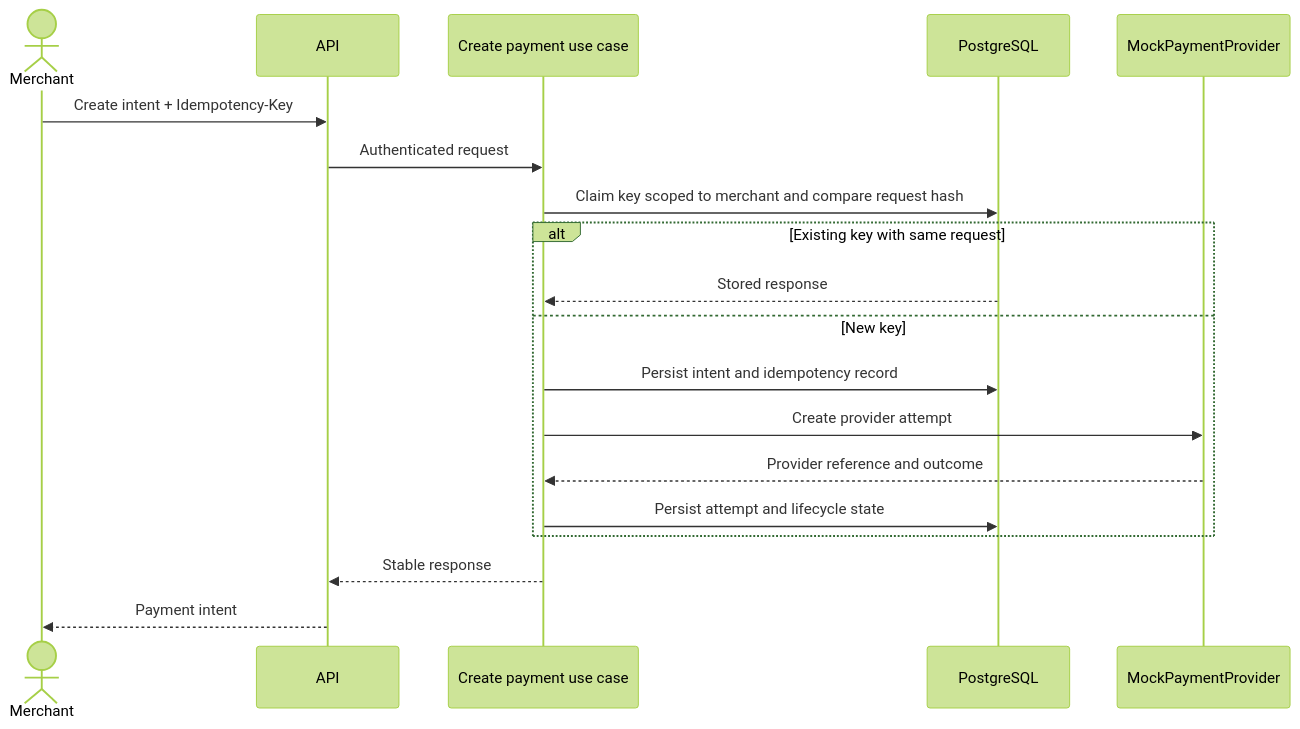
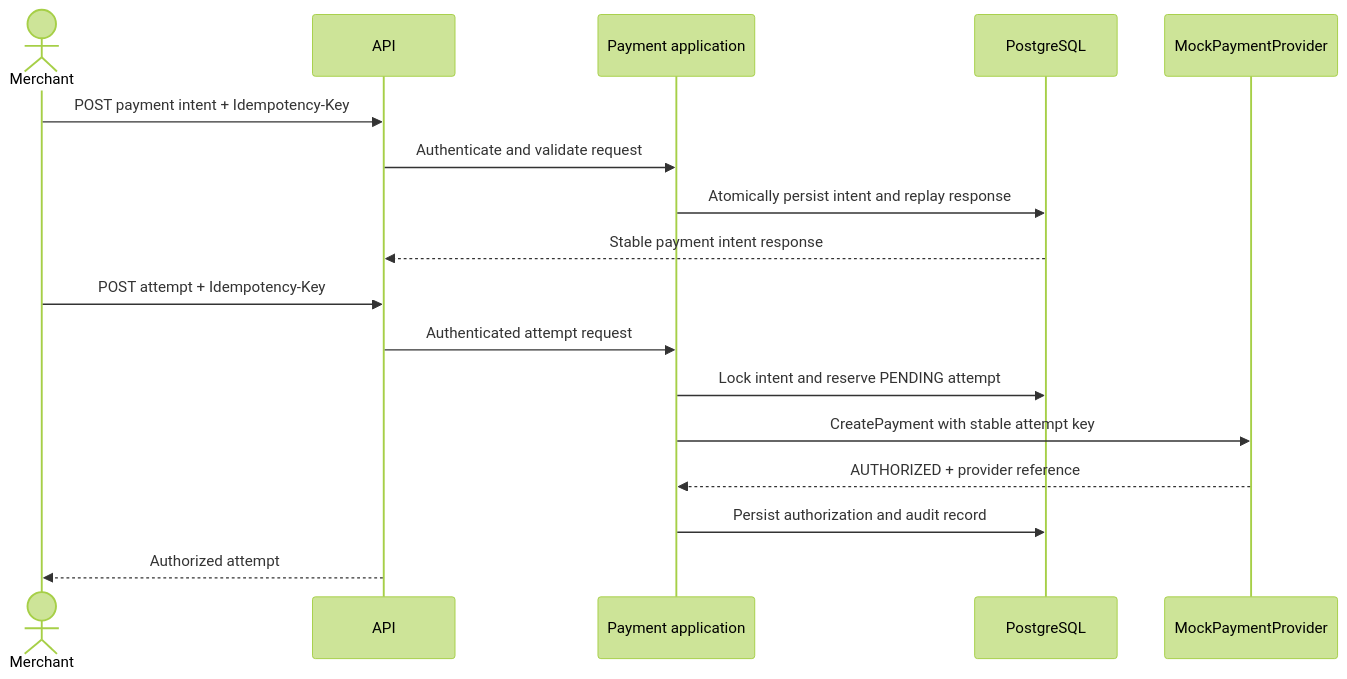
Before and after one commit to luqmanulhakimdev/payment-gateway: the diagram in docs/sequence-payment.md, drawn with Mermaid (forest theme). The commit also changed other lines of this file and 18 other files, not shown here.

Commit message:
feat: add idempotent payment attempt execution

````diff
--- a/docs/sequence-payment.md
+++ b/docs/sequence-payment.md
@@ -3,21 +3,19 @@
 ```mermaid
 sequenceDiagram
   actor Merchant
   participant API
-  participant UseCase as Create payment use case
+  participant UseCase as Payment application
   participant DB as PostgreSQL
   participant Provider as MockPaymentProvider
-  Merchant->>API: Create intent + Idempotency-Key
-  API->>UseCase: Authenticated request
-  UseCase->>DB: Claim key scoped to merchant and compare request hash
-  alt Existing key with same request
-    DB-->>UseCase: Stored response
-  else New key
-    UseCase->>DB: Persist intent and idempotency record
-    UseCase->>Provider: Create provider attempt
-    Provider-->>UseCase: Provider reference and outcome
-    UseCase->>DB: Persist attempt and lifecycle state
-  end
-  UseCase-->>API: Stable response
-  API-->>Merchant: Payment intent
+  Merchant->>API: POST payment intent + Idempotency-Key
+  API->>UseCase: Authenticate and validate request
+  UseCase->>DB: Atomically persist intent and replay response
+  DB-->>API: Stable payment intent response
+  Merchant->>API: POST attempt + Idempotency-Key
+  API->>UseCase: Authenticated attempt request
+  UseCase->>DB: Lock intent and reserve PENDING attempt
+  UseCase->>Provider: CreatePayment with stable attempt key
+  Provider-->>UseCase: AUTHORIZED + provider reference
+  UseCase->>DB: Persist authorization and audit record
+  API-->>Merchant: Authorized attempt
 ```
````
